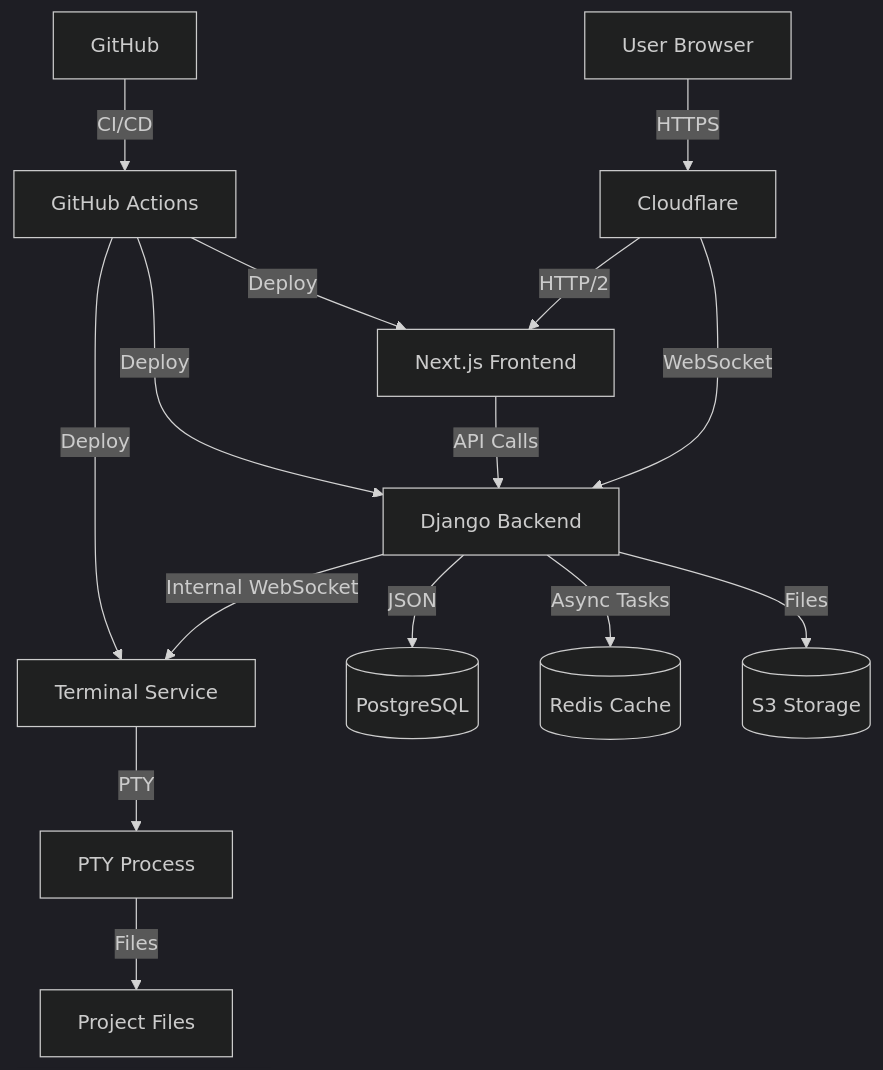
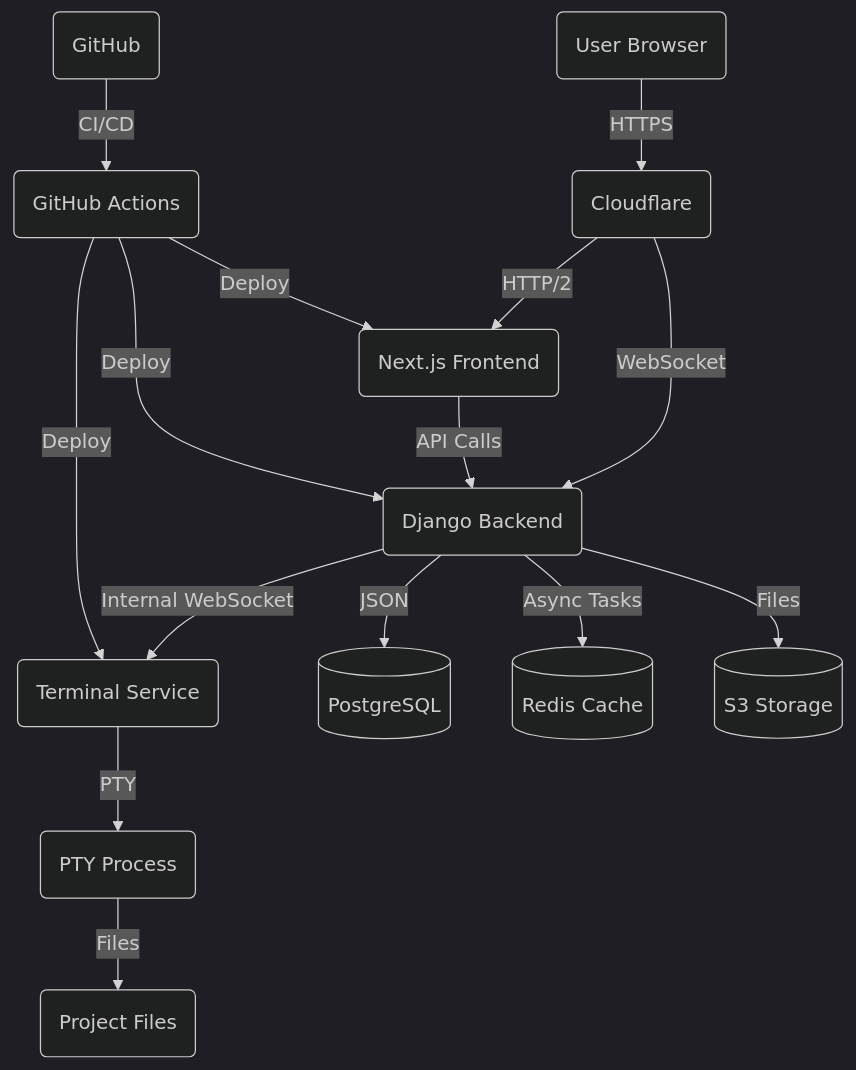
Before and after one commit to aouichou/My-Portfolio: the diagram in README.md, drawn with Mermaid (dark theme).

````diff
--- a/README.md
+++ b/README.md
@@ -41,17 +41,17 @@
 ```mermaid
 graph TD
-    User[User Browser] -->|HTTPS| CF[Cloudflare]
-    CF -->|HTTP/2| Next[Next.js Frontend]
-    CF -->|WebSocket| Django[Django Backend]
-    Django -->|Internal WebSocket| WS[Terminal Service]
-    Django -->|JSON| DB[(PostgreSQL)]
-    Django -->|Async Tasks| Redis[(Redis Cache)]
-    Django -->|Files| S3[(S3 Storage)]
+    User("User Browser") -->|HTTPS| CF("Cloudflare")
+    CF -->|HTTP/2| Next("Next.js Frontend")
+    CF -->|WebSocket| Django("Django Backend")
+    Django -->|Internal WebSocket| WS("Terminal Service")
+    Django -->|JSON| DB[("PostgreSQL")]
+    Django -->|Async Tasks| Redis[("Redis Cache")]
+    Django -->|Files| S3[("S3 Storage")]
     Next -->|API Calls| Django
-    WS -->|PTY| Terminal[PTY Process]
-    Terminal -->|Files| Project[Project Files]
-    Github[GitHub] -->|CI/CD| Actions[GitHub Actions]
+    WS -->|PTY| Terminal("PTY Process")
+    Terminal -->|Files| Project("Project Files")
+    Github("GitHub") -->|CI/CD| Actions("GitHub Actions")
     Actions -->|Deploy| Next
     Actions -->|Deploy| Django
     Actions -->|Deploy| WS
 ```
````
